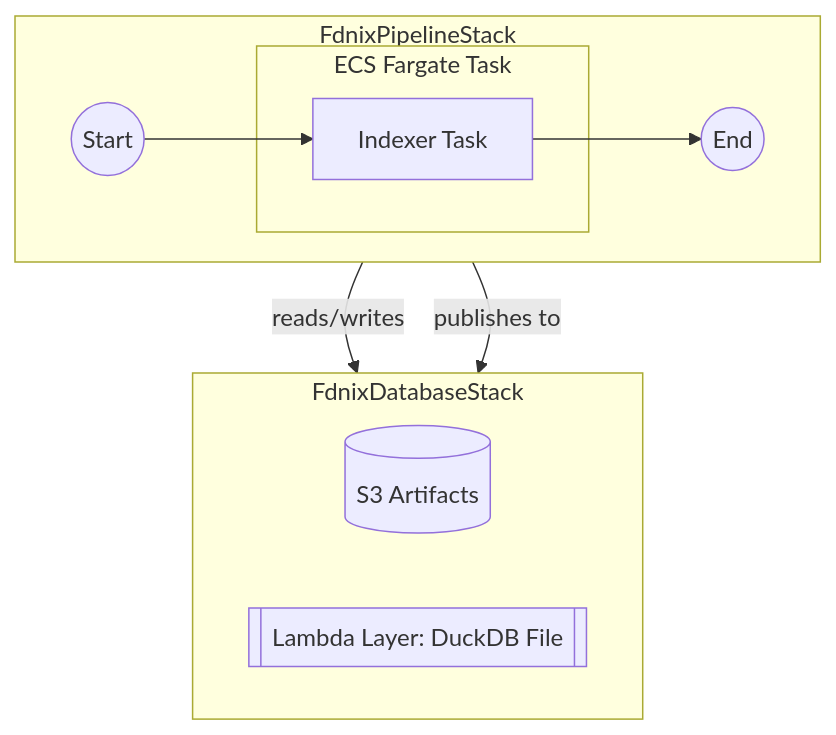
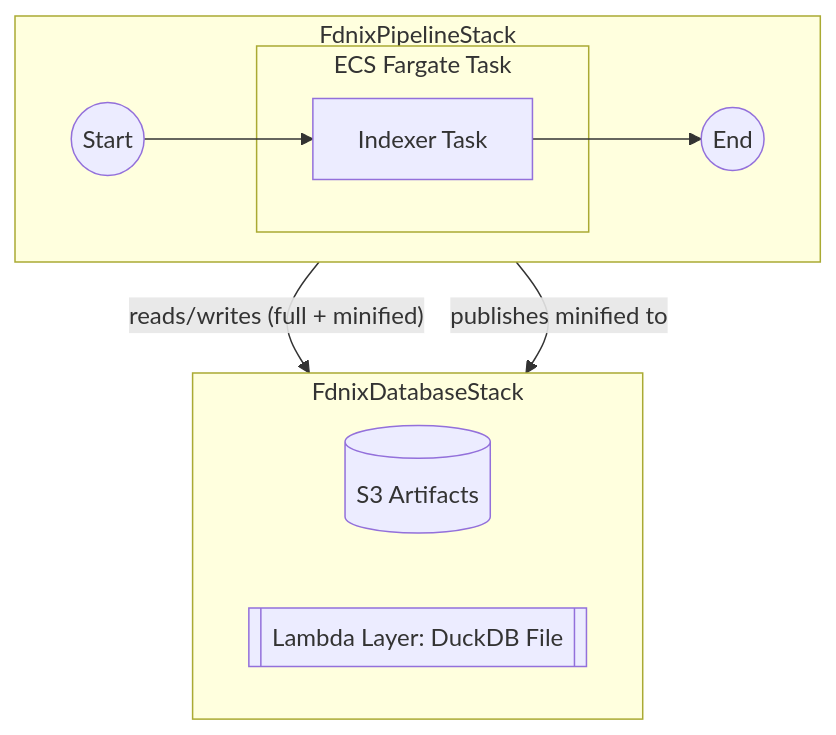
Before and after one commit to james-ralph8555/fdnix: the second of 4 diagrams in packages/cdk/README.md, drawn with Mermaid. The commit also changed other lines of this file and 12 other files, not shown here.

````diff
--- a/packages/cdk/README.md
+++ b/packages/cdk/README.md
@@ -65,21 +65,21 @@
 ```mermaid
 graph TD
     subgraph "FdnixPipelineStack"
         direction LR
         start((Start)) --> indexer_task[Indexer Task]
         indexer_task --> done((End))
 
         subgraph "ECS Fargate Task"
             indexer_task
         end
     end
 
     subgraph "FdnixDatabaseStack"
         direction LR
         s3_artifacts[(S3 Artifacts)]
         db_layer[[Lambda Layer: DuckDB File]]
     end
 
-    indexer_task -- reads/writes --> s3_artifacts
-    indexer_task -- publishes to --> db_layer
+    indexer_task -- reads/writes (full + minified) --> s3_artifacts
+    indexer_task -- publishes minified to --> db_layer
 ```
````
